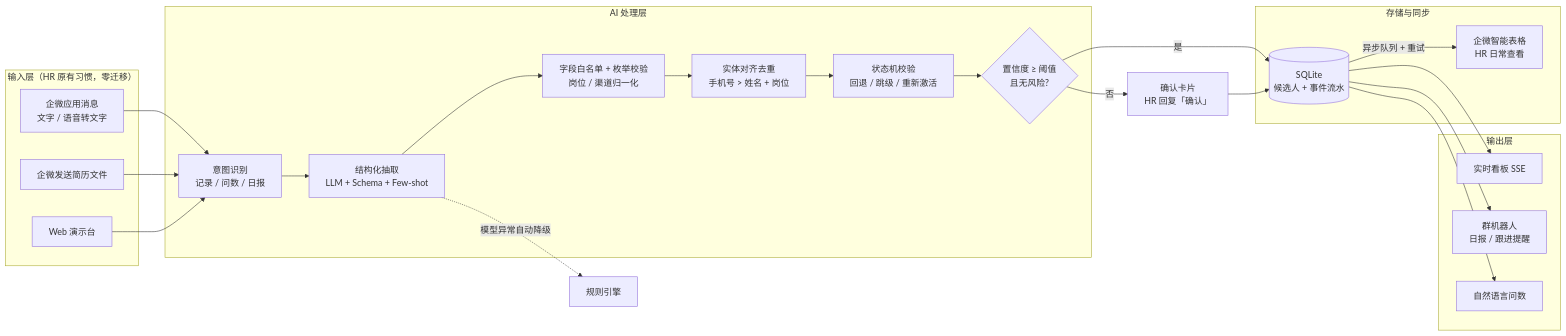
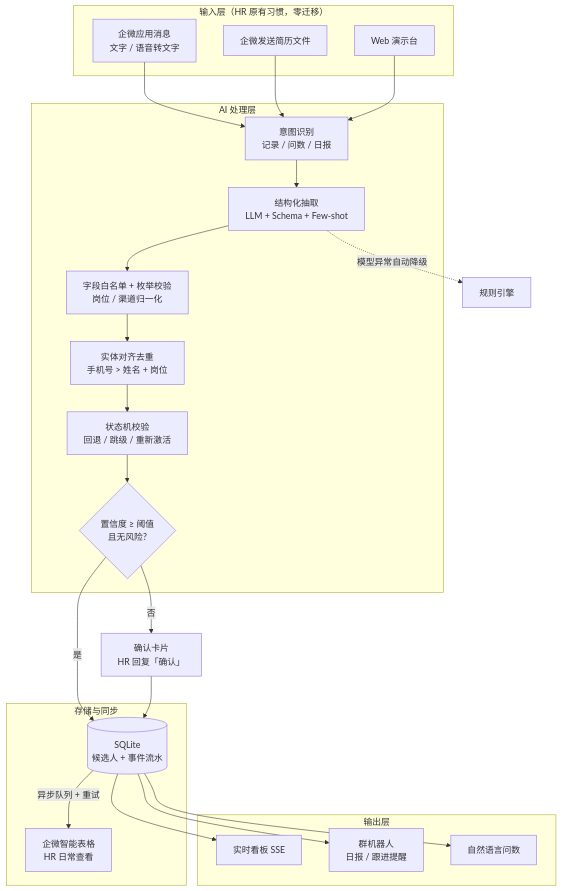
Before and after one commit to soyorin33/recruit-ai-assistant: the diagram in README.md, drawn with Mermaid.

Commit message:
README：架构图改为纵向排版，提升可读性

````diff
--- a/README.md
+++ b/README.md
@@ -55,31 +55,31 @@
 ```mermaid
-flowchart LR
+flowchart TB
   subgraph 输入["输入层（HR 原有习惯，零迁移）"]
     A1[企微应用消息<br/>文字 / 语音转文字]
     A2[企微发送简历文件]
     A3[Web 演示台]
   end
   subgraph AI["AI 处理层"]
     B1[意图识别<br/>记录 / 问数 / 日报]
     B2[结构化抽取<br/>LLM + Schema + Few-shot]
     B3[字段白名单 + 枚举校验<br/>岗位 / 渠道归一化]
     B4[实体对齐去重<br/>手机号 > 姓名 + 岗位]
     B5[状态机校验<br/>回退 / 跳级 / 重新激活]
     B6{置信度 ≥ 阈值<br/>且无风险?}
   end
   subgraph 数据["存储与同步"]
     C1[(SQLite<br/>候选人 + 事件流水)]
     C2[企微智能表格<br/>HR 日常查看]
   end
   subgraph 输出["输出层"]
     D1[实时看板 SSE]
     D2[群机器人<br/>日报 / 跟进提醒]
     D3[自然语言问数]
   end
   A1 & A2 & A3 --> B1 --> B2 --> B3 --> B4 --> B5 --> B6
   B6 -- 是 --> C1
   B6 -- 否 --> E[确认卡片<br/>HR 回复「确认」] --> C1
   C1 -- 异步队列 + 重试 --> C2
   C1 --> D1 & D2 & D3
   B2 -. 模型异常自动降级 .-> R[规则引擎]
 ```
````
